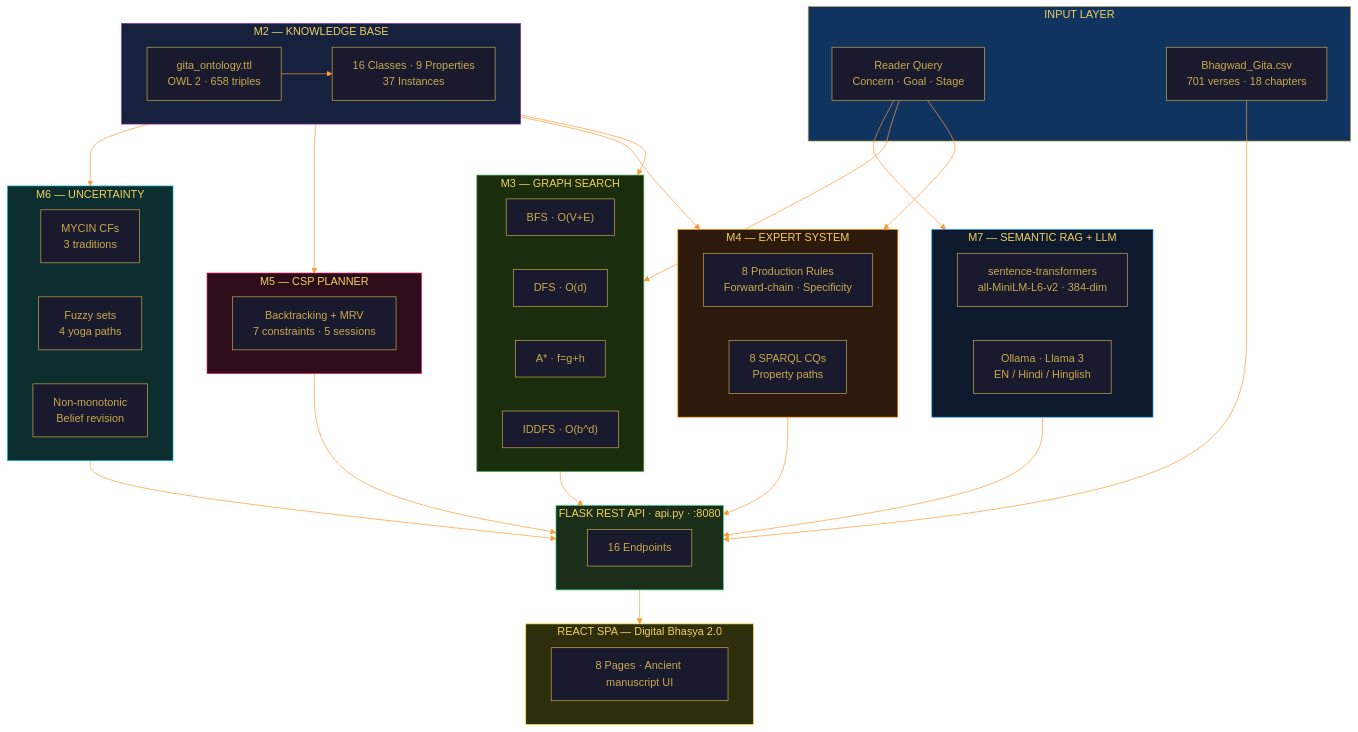
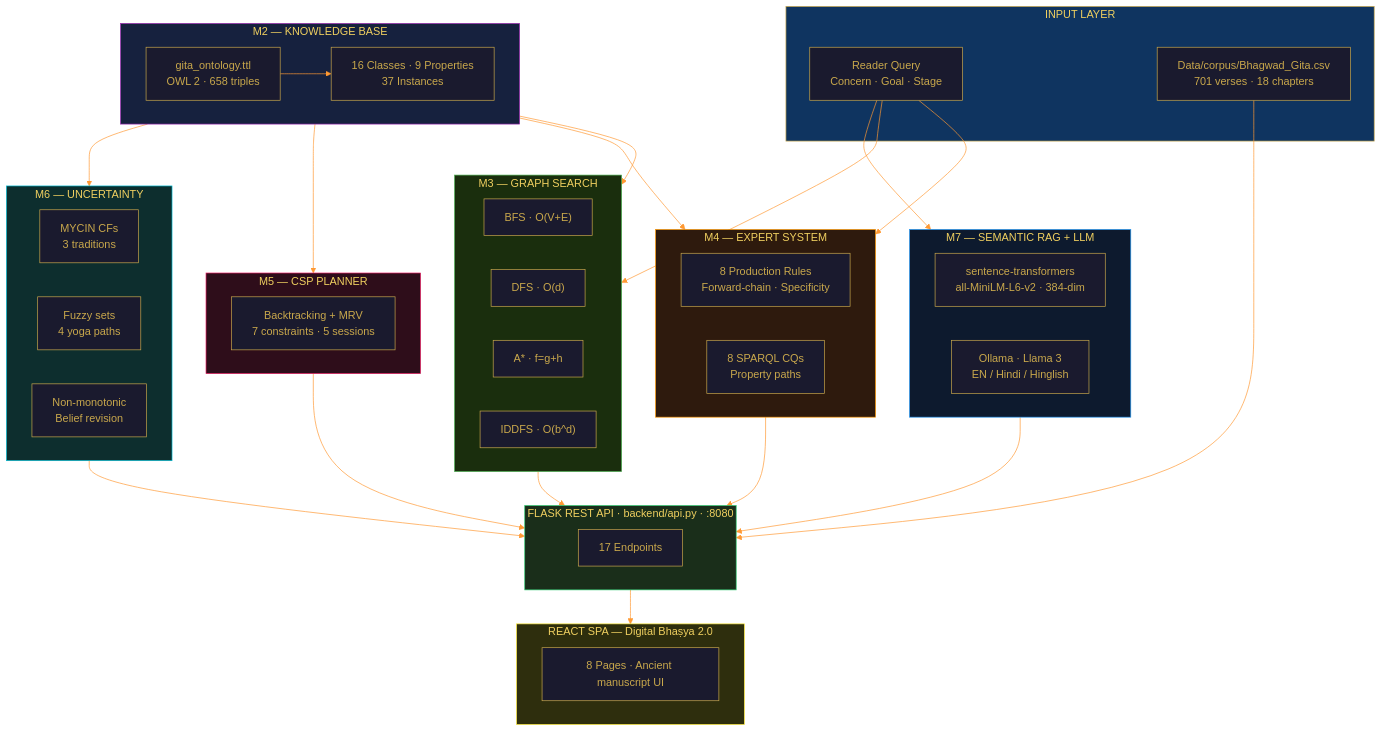
Before and after one commit to DevRaviX/gitagraph: the diagram in README.md, drawn with Mermaid. The commit also changed other lines of this file and 54 other files, not shown here.

````diff
--- a/README.md
+++ b/README.md
@@ -89,55 +144,55 @@
 ```mermaid
 %%{init: {'theme': 'base', 'themeVariables': {'primaryColor': '#1A1A2E', 'primaryTextColor': '#C9A84C', 'primaryBorderColor': '#C9A84C', 'lineColor': '#FF9933', 'secondaryColor': '#16213E', 'background': '#0A0A16', 'mainBkg': '#1A1A2E', 'clusterBkg': '#12122A', 'titleColor': '#F0D060', 'edgeLabelBackground': '#1A1A2E'}}}%%
 graph TD
     subgraph INPUT["INPUT LAYER"]
         U["Reader Query\nConcern · Goal · Stage"]
-        CSV["Bhagwad_Gita.csv\n701 verses · 18 chapters"]
+        CSV["Data/corpus/Bhagwad_Gita.csv\n701 verses · 18 chapters"]
     end
     subgraph KB["M2 — KNOWLEDGE BASE"]
         TTL["gita_ontology.ttl\nOWL 2 · 658 triples"]
         ONT["16 Classes · 9 Properties\n37 Instances"]
         TTL --> ONT
     end
     subgraph SEARCH["M3 — GRAPH SEARCH"]
         BFS["BFS · O(V+E)"]
         DFS["DFS · O(d)"]
         ASTAR["A* · f=g+h"]
         IDDFS["IDDFS · O(b^d)"]
     end
     subgraph EXPERT["M4 — EXPERT SYSTEM"]
         RULES["8 Production Rules\nForward-chain · Specificity"]
         SPARQL["8 SPARQL CQs\nProperty paths"]
     end
     subgraph CSP["M5 — CSP PLANNER"]
         PLAN["Backtracking + MRV\n7 constraints · 5 sessions"]
     end
     subgraph UNC["M6 — UNCERTAINTY"]
         CF["MYCIN CFs\n3 traditions"]
         FUZZY["Fuzzy sets\n4 yoga paths"]
         NMR["Non-monotonic\nBelief revision"]
     end
     subgraph RAG["M7 — SEMANTIC RAG + LLM"]
         EMBS["sentence-transformers\nall-MiniLM-L6-v2 · 384-dim"]
         OLLAMA["Ollama · Llama 3\nEN / Hindi / Hinglish"]
     end
-    subgraph API["FLASK REST API · api.py · :8080"]
-        EP["16 Endpoints"]
+    subgraph API["FLASK REST API · backend/api.py · :8080"]
+        EP["17 Endpoints"]
     end
     subgraph UI["REACT SPA — Digital Bhaṣya 2.0"]
         PAGES["8 Pages · Ancient manuscript UI"]
     end
     U --> EXPERT & SEARCH & RAG
     KB --> SEARCH & EXPERT & CSP & UNC
     CSV --> API
     SEARCH & EXPERT & CSP & UNC & RAG --> API
     API --> UI
     style INPUT fill:#0F3460,stroke:#C9A84C,color:#F0D060
     style KB fill:#16213E,stroke:#9C27B0,color:#F0D060
     style SEARCH fill:#1A2E0D,stroke:#4CAF50,color:#F0D060
     style EXPERT fill:#2E1A0D,stroke:#FF9800,color:#F0D060
     style CSP fill:#2E0D1A,stroke:#E91E63,color:#F0D060
     style UNC fill:#0D2E2E,stroke:#00BCD4,color:#F0D060
     style RAG fill:#0D1A2E,stroke:#2196F3,color:#F0D060
     style API fill:#1A2E1A,stroke:#2ECC71,color:#F0D060
     style UI fill:#2E2E0D,stroke:#FFEB3B,color:#F0D060
 ```
````
